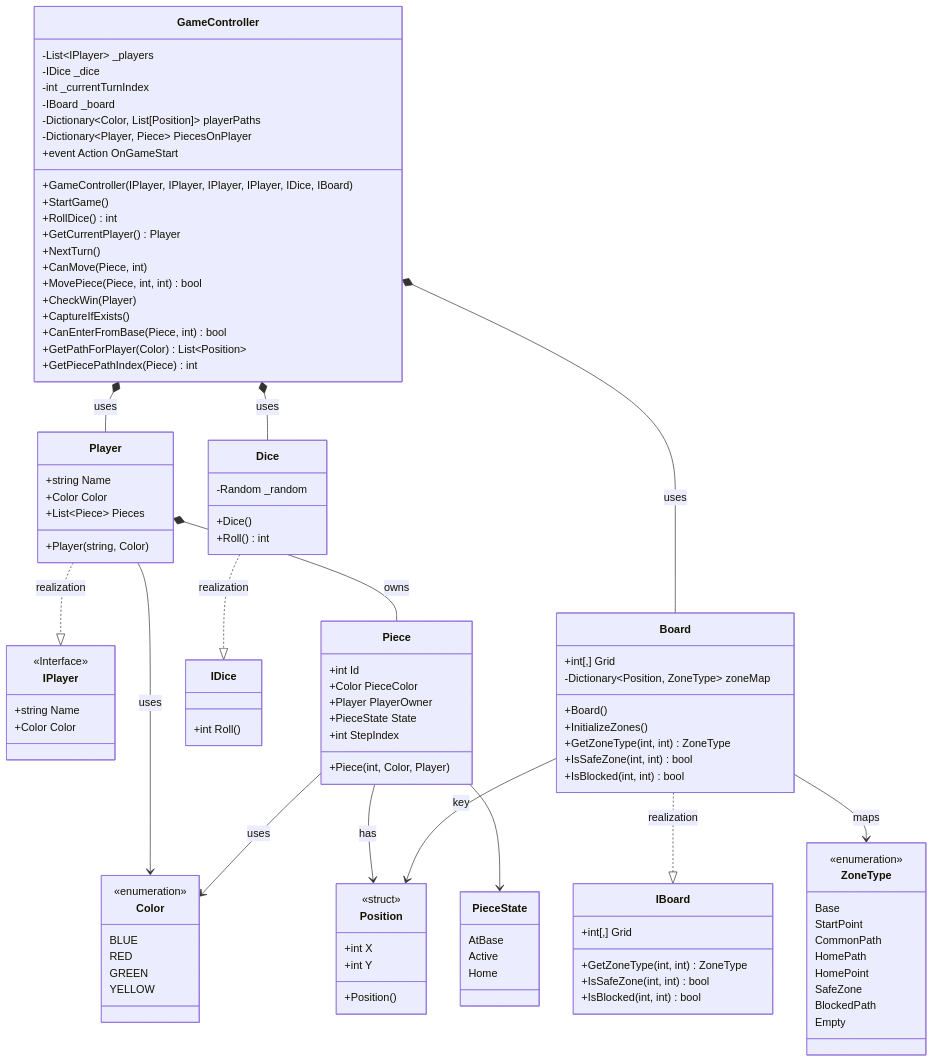
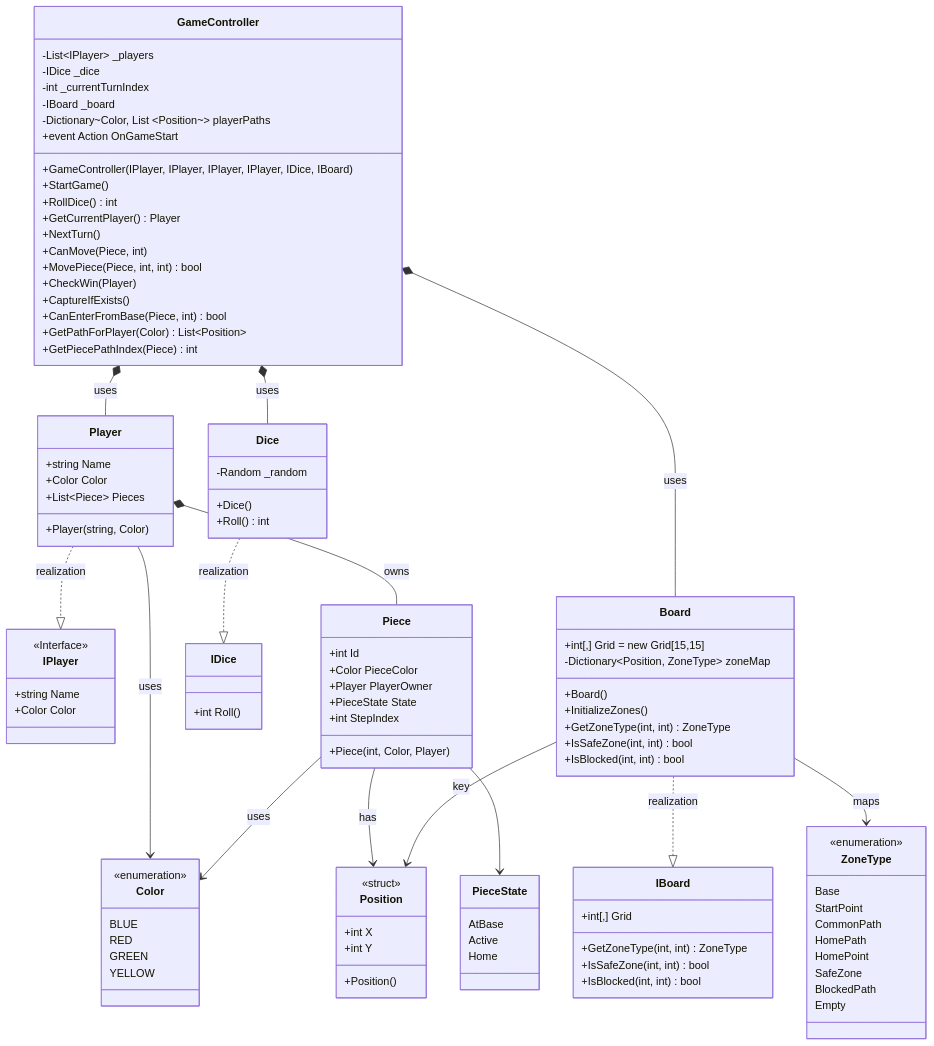
One commit to Masdikaa/Masdika-Bootcamp-SE-Formulatrix changed the diagram in Ludo/ClassDiagram.mmd. Above: the diagram before and after it, drawn with Mermaid. The commit also changed 2 other files, not shown here.

Commit message:
class diagram update

```diff
--- a/Ludo/ClassDiagram.mmd
+++ b/Ludo/ClassDiagram.mmd
@@ -1,125 +1,120 @@
 classDiagram
 
     class GameController {
         -List~IPlayer~ _players
         -IDice _dice
         -int _currentTurnIndex
         -IBoard _board
         %% Dictionary<Color, List<Position>>
-        -Dictionary~Color, List[Position]~ playerPaths
-        -Dictionary~Player, Piece~ PiecesOnPlayer
+        -Dictionary~Color, List ~Position~~ playerPaths
 
         +GameController(IPlayer, IPlayer, IPlayer, IPlayer, IDice, IBoard)
         +StartGame()
         +RollDice() int
         +GetCurrentPlayer() Player
         +NextTurn()
         +CanMove(Piece, int)
         +MovePiece(Piece, int, int) bool
         +CheckWin(Player)
         +CaptureIfExists()
         +CanEnterFromBase(Piece, int) bool
         +GetPathForPlayer(Color) List~Position~
         +GetPiecePathIndex(Piece) int
         +event Action OnGameStart
     }
 
     class IPlayer {
         <<Interface>>
         +string Name
         +Color Color
     }
 
     class Player {
         +string Name
         +Color Color
         +List~Piece~ Pieces
         +Player(string, Color)
     }
 
     class Piece {
         +int Id
         +Color PieceColor
         +Player PlayerOwner
         +PieceState State
         +int StepIndex
         +Piece(int, Color, Player)
     }
 
     class IDice {
         +int Roll()
     }
 
     class Dice {
         -Random _random
         +Dice()
         +Roll() int
     }
 
     class IBoard{
-        +int[,] Grid
+        +int[,] Grid 
         +GetZoneType(int, int) ZoneType
         +IsSafeZone(int, int) bool
         +IsBlocked(int, int) bool
     }
 
     class Board{
-        +int[,] Grid    
+        +int[,] Grid = new Grid[15,15]
         -Dictionary~Position, ZoneType~ zoneMap
         +Board()
         +InitializeZones()
         +GetZoneType(int, int) ZoneType
         +IsSafeZone(int, int) bool
         +IsBlocked(int, int) bool
     }
 
     class Position {
         <<struct>>
         +int X
         +int Y
         +Position()
     }
 
     class Color {
         <<enumeration>>
         BLUE
         RED
         GREEN
         YELLOW
     }
 
     class ZoneType {
         <<enumeration>>
         Base
         StartPoint
         CommonPath
         HomePath
         HomePoint
         SafeZone
         BlockedPath
         Empty
     }
 
     class PieceState{
         AtBase
         Active
         Home
     }
 
-    %% PlayerSection
     GameController *-- Player : uses
-    %% GameController *-- IPlayer : uses
     Player ..|> IPlayer : realization
     Player --> Color : uses
     Player *-- Piece : owns
-    %% Piece --> Player : references
     Piece --> Color : uses
     Dice ..|> IDice : realization
     GameController *-- Dice : uses
-    %% GameController *-- IDice : uses
     Board ..|> IBoard : realization 
     GameController *-- Board : uses
     Piece --> Position : has
     Board --> ZoneType : maps
     Board --> Position : key
     Piece --> PieceState
```
